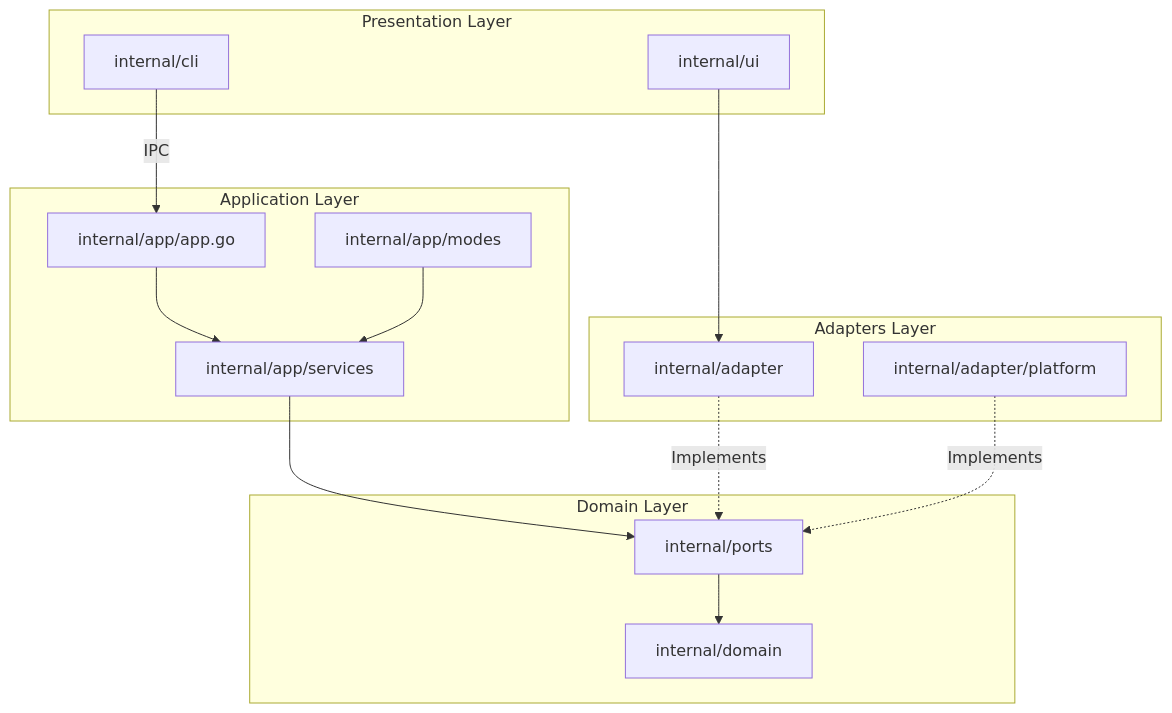
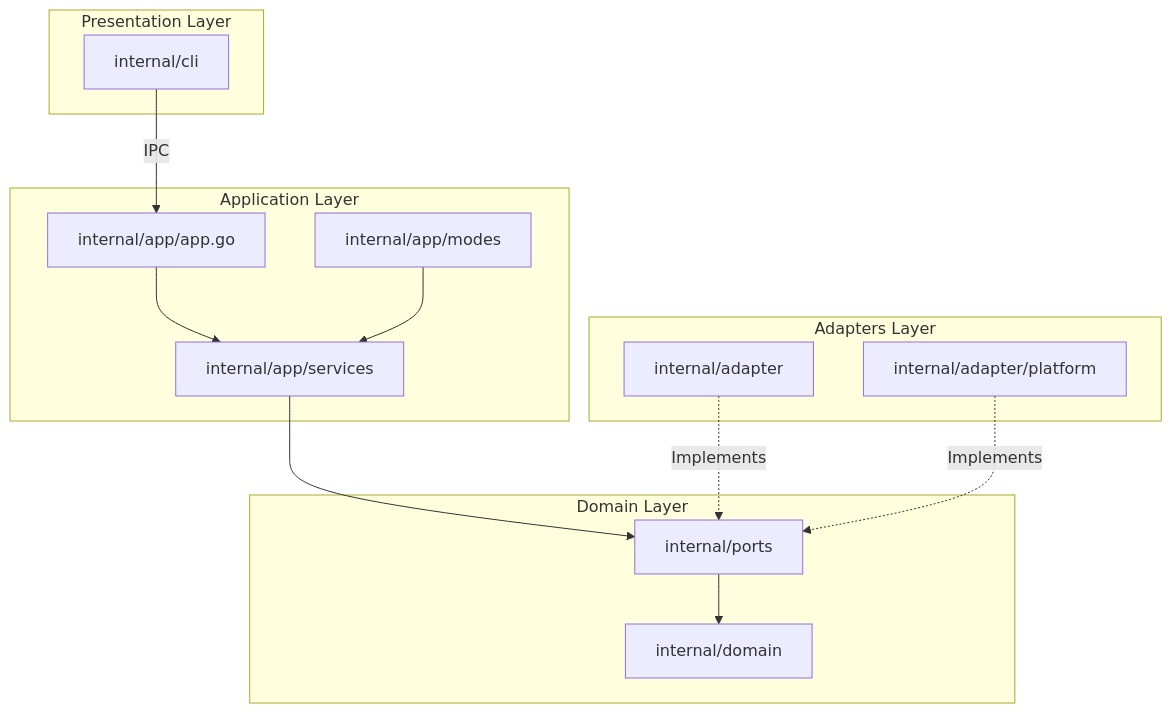
One commit to y3owk1n/neru changed the first of 3 diagrams in docs/ARCHITECTURE.md. Above: the diagram before and after it, drawn with Mermaid. The commit also changed other lines of this file and 13 other files, not shown here.

````diff
--- a/docs/ARCHITECTURE.md
+++ b/docs/ARCHITECTURE.md
@@ -133,32 +133,30 @@
 ```mermaid
 graph TD
     subgraph "Presentation Layer"
         CLI[internal/cli]
-        UI[internal/ui]
     end
 
     subgraph "Application Layer"
         App[internal/app/app.go]
         Modes[internal/app/modes]
         Services[internal/app/services]
     end
 
     subgraph "Domain Layer"
         Ports[internal/ports]
         Domain[internal/domain]
     end
 
     subgraph "Adapters Layer"
         Adapters[internal/adapter]
         Platform[internal/adapter/platform]
     end
 
     CLI -->|IPC| App
     App --> Services
     Modes --> Services
     Services --> Ports
     Ports --> Domain
     Adapters -.->|Implements| Ports
     Platform -.->|Implements| Ports
-    UI --> Adapters
 ```
````
